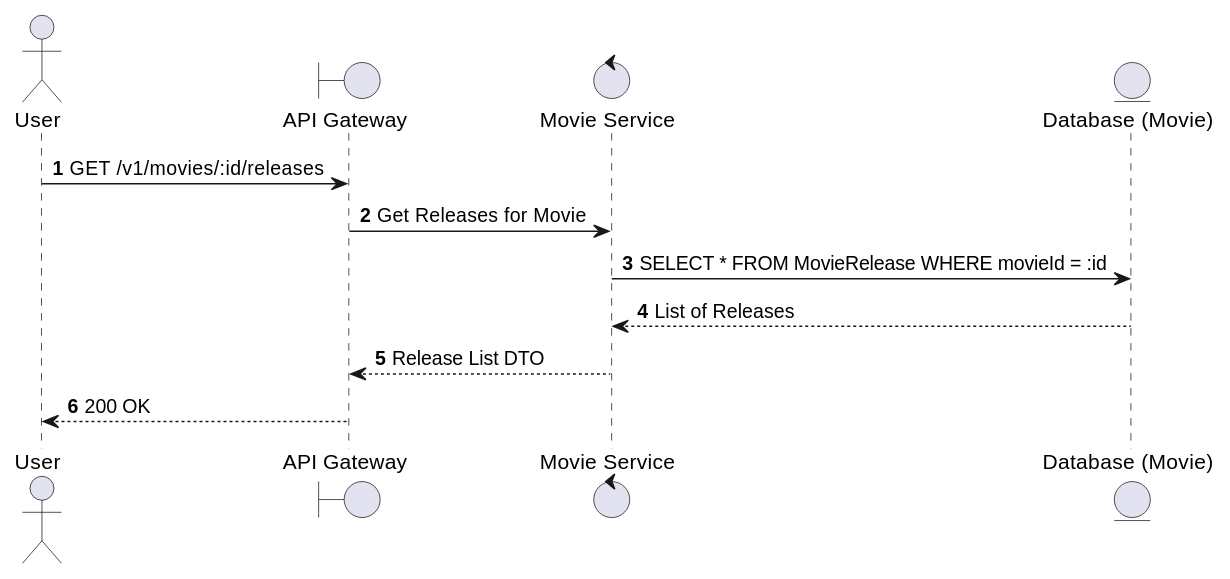
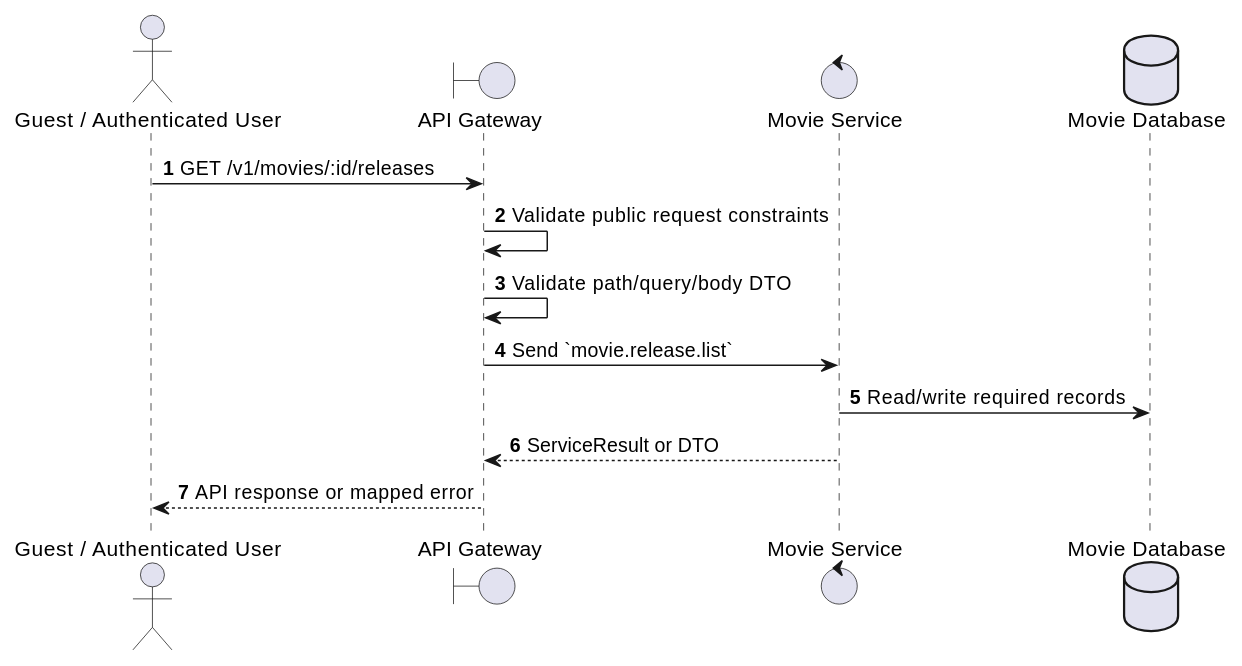
Before and after one commit to Tanh1603/movie-hub-architecture: the first of 2 diagrams in docs/functional_specs/3.3.1_Movie_Catalog/MV-03_Get_Movie_Releases.md, drawn with PlantUML. The commit also changed other lines of this file and 126 other files, not shown here.

````diff
--- a/docs/functional_specs/3.3.1_Movie_Catalog/MV-03_Get_Movie_Releases.md
+++ b/docs/functional_specs/3.3.1_Movie_Catalog/MV-03_Get_Movie_Releases.md
@@ -17,16 +17,17 @@
 ```plantuml
 @startuml
 autonumber
-actor User
+actor "Guest / Authenticated User" as Actor
 boundary "API Gateway" as GW
-control "Movie Service" as MS
-entity "Database (Movie)" as DB
+control "Movie Service" as SVC
+database "Movie Database" as DB
 
-User -> GW: GET /v1/movies/:id/releases
-GW -> MS: Get Releases for Movie
-MS -> DB: SELECT * FROM MovieRelease WHERE movieId = :id
-DB --> MS: List of Releases
-MS --> GW: Release List DTO
-GW --> User: 200 OK
+Actor -> GW: GET /v1/movies/:id/releases
+GW -> GW: Validate public request constraints
+GW -> GW: Validate path/query/body DTO
+GW -> SVC: Send `movie.release.list`
+SVC -> DB: Read/write required records
+SVC --> GW: ServiceResult or DTO
+GW --> Actor: API response or mapped error
 @enduml
 ```
````
